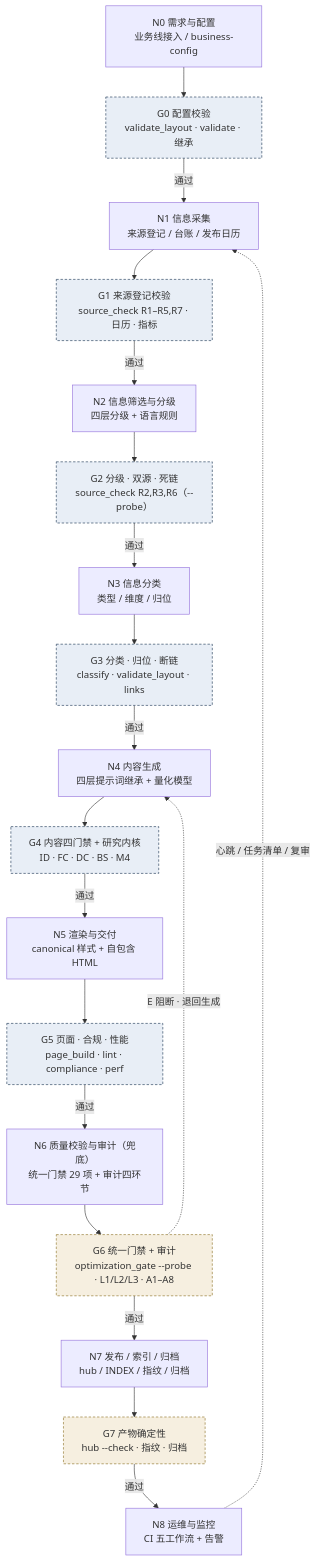
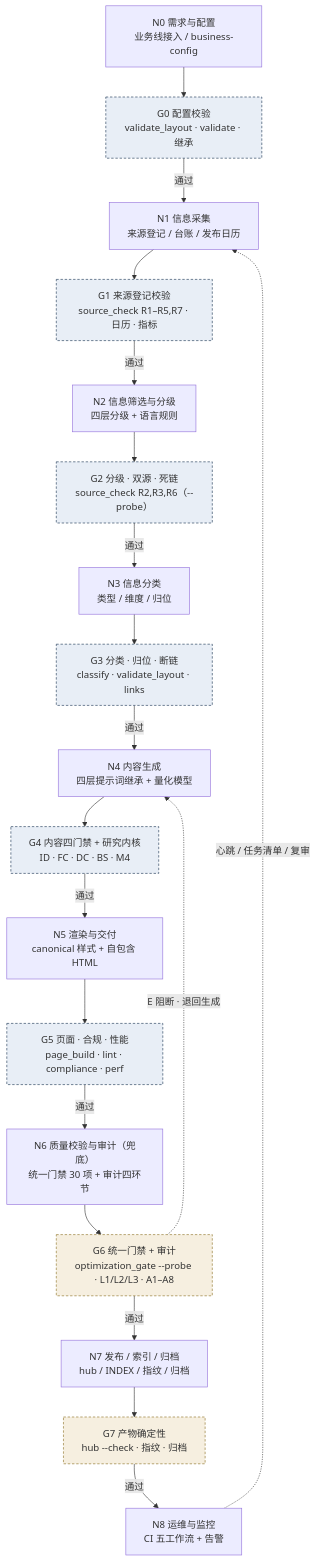
Before and after one commit to hmbphxkw76-byte/tech-context-digest: the first of 4 diagrams in engine/docs/report-pipeline-system.md, drawn with Mermaid. The commit also changed other lines of this file and 100 other files, not shown here.

````diff
--- a/engine/docs/report-pipeline-system.md
+++ b/engine/docs/report-pipeline-system.md
@@ -28,25 +28,25 @@
 ```mermaid
 flowchart TD
     N0["N0 需求与配置<br/>业务线接入 / business-config"] --> G0["G0 配置校验<br/>validate_layout · validate · 继承"]
     G0 -->|通过| N1["N1 信息采集<br/>来源登记 / 台账 / 发布日历"]
     N1 --> G1["G1 来源登记校验<br/>source_check R1–R5,R7 · 日历 · 指标"]
     G1 -->|通过| N2["N2 信息筛选与分级<br/>四层分级 + 语言规则"]
     N2 --> G2["G2 分级 · 双源 · 死链<br/>source_check R2,R3,R6（--probe）"]
     G2 -->|通过| N3["N3 信息分类<br/>类型 / 维度 / 归位"]
     N3 --> G3["G3 分类 · 归位 · 断链<br/>classify · validate_layout · links"]
     G3 -->|通过| N4["N4 内容生成<br/>四层提示词继承 + 量化模型"]
     N4 --> G4["G4 内容四门禁 + 研究内核<br/>ID · FC · DC · BS · M4"]
     G4 -->|通过| N5["N5 渲染与交付<br/>canonical 样式 + 自包含 HTML"]
     N5 --> G5["G5 页面 · 合规 · 性能<br/>page_build · lint · compliance · perf"]
-    G5 -->|通过| N6["N6 质量校验与审计（兜底）<br/>统一门禁 29 项 + 审计四环节"]
+    G5 -->|通过| N6["N6 质量校验与审计（兜底）<br/>统一门禁 30 项 + 审计四环节"]
     N6 --> G6["G6 统一门禁 + 审计<br/>optimization_gate --probe · L1/L2/L3 · A1–A8"]
     G6 -->|通过| N7["N7 发布 / 索引 / 归档<br/>hub / INDEX / 指纹 / 归档"]
     N7 --> G7["G7 产物确定性<br/>hub --check · 指纹 · 归档"]
     G7 -->|通过| N8["N8 运维与监控<br/>CI 五工作流 + 告警"]
     N8 -. "心跳 / 任务清单 / 复审" .-> N1
     G6 -. "E 阻断 · 退回生成" .-> N4
     classDef shift fill:#e8eef6,stroke:#16324f,stroke-dasharray:4 3;
     classDef backstop fill:#f6efe0,stroke:#8a6d1f,stroke-dasharray:4 3;
     class G0,G1,G2,G3,G4,G5 shift;
     class G6,G7,G8 backstop;
 ```
````
